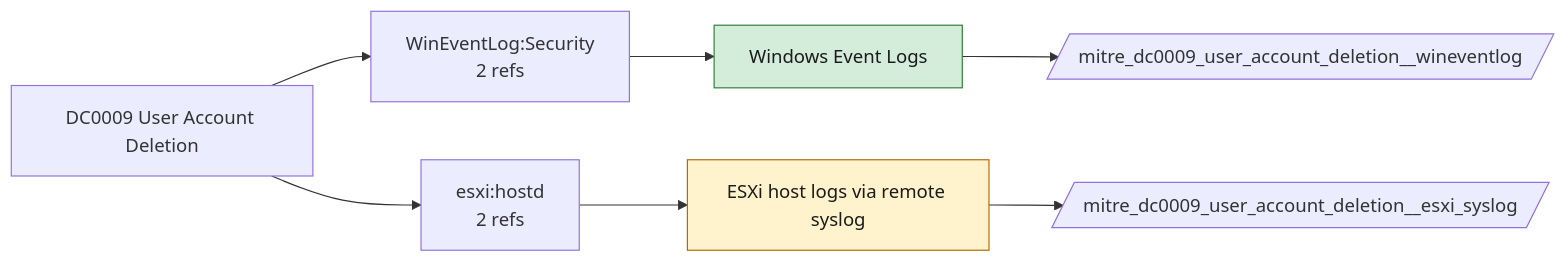
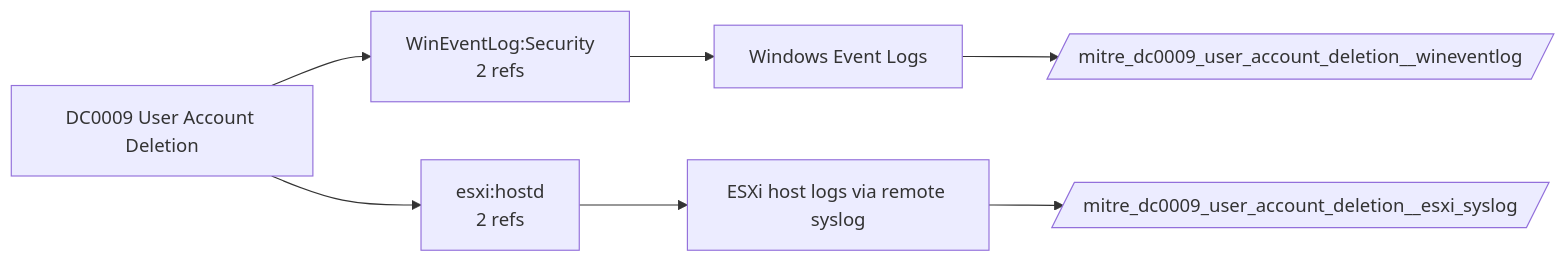
Before and after one commit to dev-nobytes-io/mitre-defensive-mappings-spl: the diagram in docs/data-components/DC0009-user-account-deletion.md, drawn with Mermaid. The commit also changed other lines of this file and 366 other files, not shown here.

````diff
--- a/docs/data-components/DC0009-user-account-deletion.md
+++ b/docs/data-components/DC0009-user-account-deletion.md
@@ -19,16 +19,12 @@
 ```mermaid
 flowchart LR
   DC["DC0009 User Account Deletion"]
   DC --> LS0["WinEventLog:Security<br/>2 refs"]
   F_wineventlog["Windows Event Logs"]
   LS0 --> F_wineventlog
   DC --> LS1["esxi:hostd<br/>2 refs"]
   F_esxi_syslog["ESXi host logs via remote syslog"]
   LS1 --> F_esxi_syslog
+  F_esxi_syslog --> ET_esxi_syslog[/"mitre_dc0009_user_account_deletion__esxi_syslog"/]
   F_wineventlog --> ET_wineventlog[/"mitre_dc0009_user_account_deletion__wineventlog"/]
-  class F_wineventlog live
-  F_esxi_syslog --> ET_esxi_syslog[/"mitre_dc0009_user_account_deletion__esxi_syslog"/]
-  class F_esxi_syslog ready
-  classDef live fill:#d4edda,stroke:#2e7d32,color:#1b1b1b
-  classDef ready fill:#fff3cd,stroke:#b26a00,color:#1b1b1b
 ```
````
